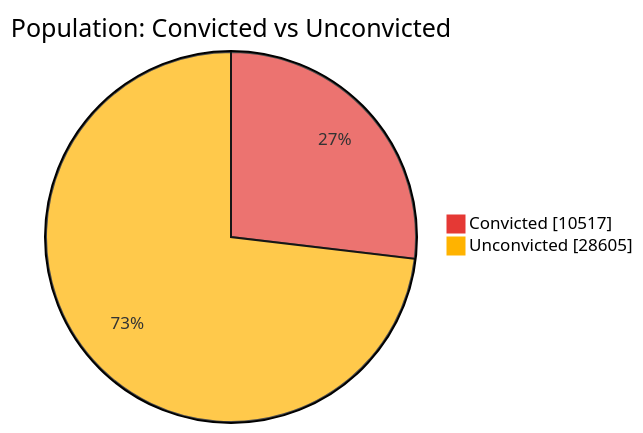
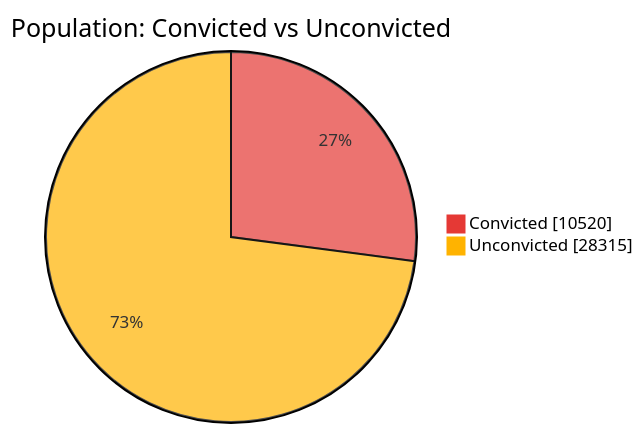
One commit to nuuuwan/lk_prisons changed the first of 7 diagrams in README.md. Above: the diagram before and after it, drawn with Mermaid. The commit also changed other lines of this file and 1 other file, not shown here.

````diff
--- a/README.md
+++ b/README.md
@@ -43,6 +43,6 @@
 ```mermaid
 %%{init: {'themeVariables': {'pie1': '#E53935', 'pie2': '#FFB300'}}}%%
 pie showData title Population: Convicted vs Unconvicted
-    "Convicted" : 10517
-    "Unconvicted" : 28605
+    "Convicted" : 10520
+    "Unconvicted" : 28315
 ```
````
